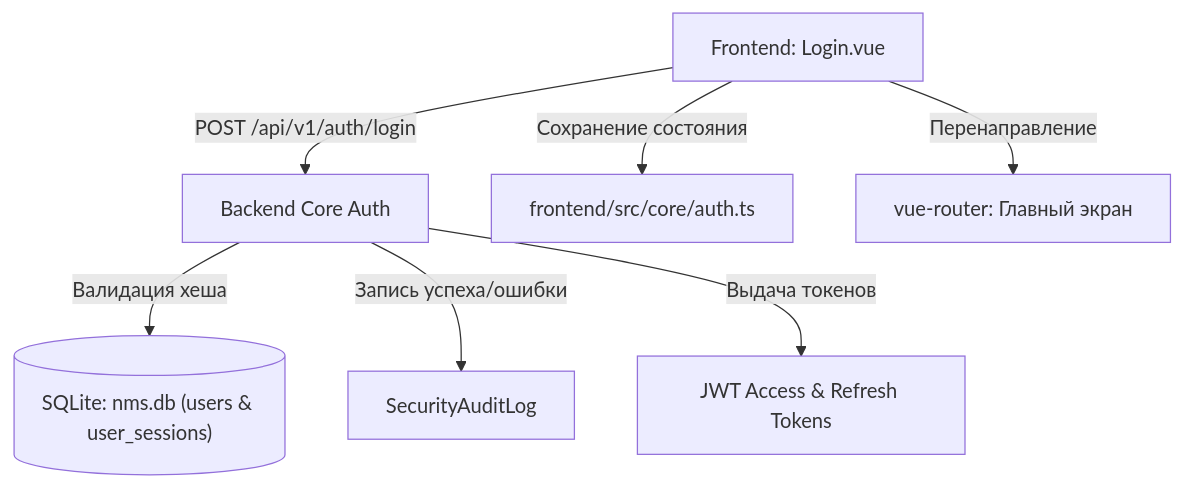
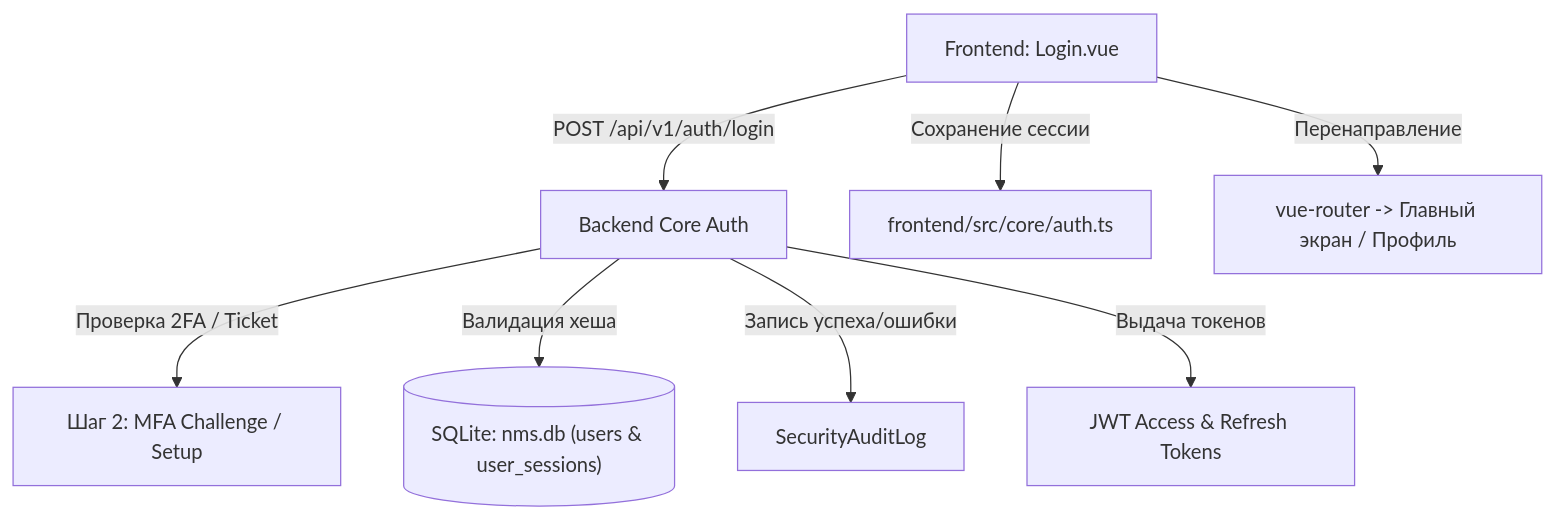
One commit to Apofixc/nms-webui changed the diagram in docs/wiki/02-usage/09-authentication-and-login.md. Above: the diagram before and after it, drawn with Mermaid. The commit also changed other lines of this file, not shown here.

````diff
--- a/docs/wiki/02-usage/09-authentication-and-login.md
+++ b/docs/wiki/02-usage/09-authentication-and-login.md
@@ -49,9 +75,10 @@
 ```mermaid
 graph TD
     UI["Frontend: Login.vue"] -->|POST /api/v1/auth/login| API["Backend Core Auth"]
+    API -->|Проверка 2FA / Ticket| Step2["Шаг 2: MFA Challenge / Setup"]
     API -->|Валидация хеша| DB[("SQLite: nms.db (users & user_sessions)")]
     API -->|Запись успеха/ошибки| Audit["SecurityAuditLog"]
     API -->|Выдача токенов| Token["JWT Access & Refresh Tokens"]
-    UI -->|Сохранение состояния| Store["frontend/src/core/auth.ts"]
-    UI -->|Перенаправление| Router["vue-router: Главный экран"]
+    UI -->|Сохранение сессии| Store["frontend/src/core/auth.ts"]
+    UI -->|Перенаправление| Router["vue-router -> Главный экран / Профиль"]
 ```
````
